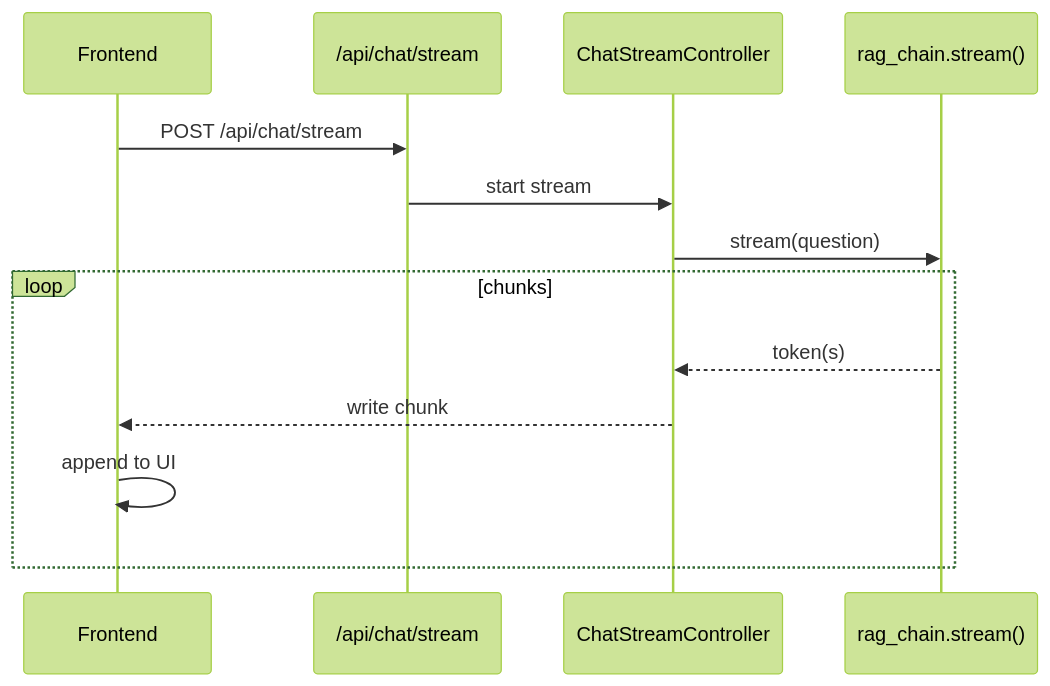
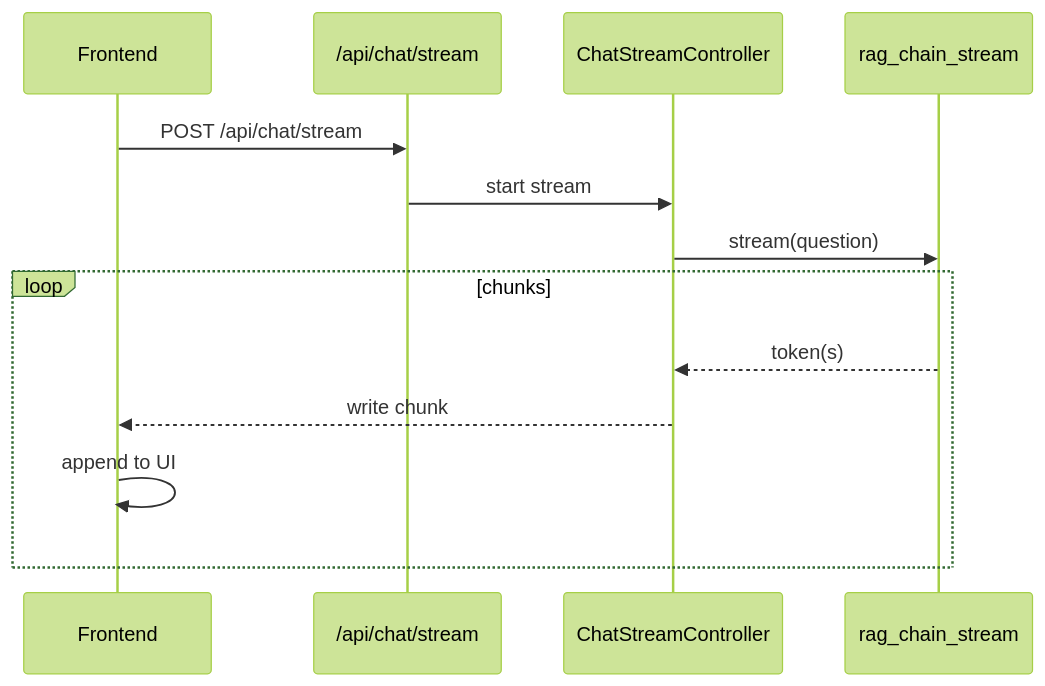
One commit to HarshiniAiyyer/CelerGraph changed the sixth of 6 diagrams in detailed.md. Above: the diagram before and after it, drawn with Mermaid (forest theme). The commit also changed other lines of this file, not shown here.

First line of the commit message:
Revise system architecture and flow diagrams

````diff
--- a/detailed.md
+++ b/detailed.md
@@ -994,16 +986,16 @@
 ```mermaid
 sequenceDiagram
   participant FE as Frontend
   participant API as /api/chat/stream
   participant CC as ChatStreamController
-  participant RAG as rag_chain.stream()
+  participant RAG as rag_chain_stream
 
   FE->>API: POST /api/chat/stream
   API->>CC: start stream
   CC->>RAG: stream(question)
   loop chunks
     RAG-->>CC: token(s)
     CC-->>FE: write chunk
     FE->>FE: append to UI
   end
 ```
````
